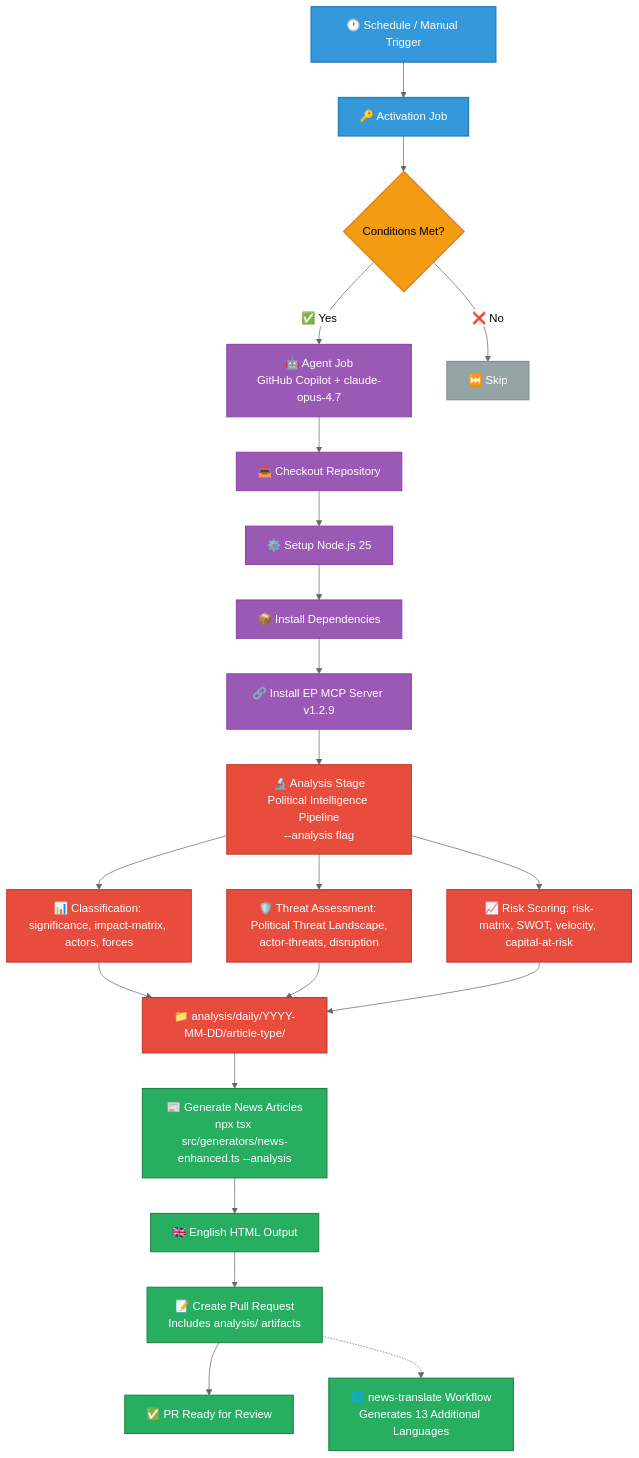
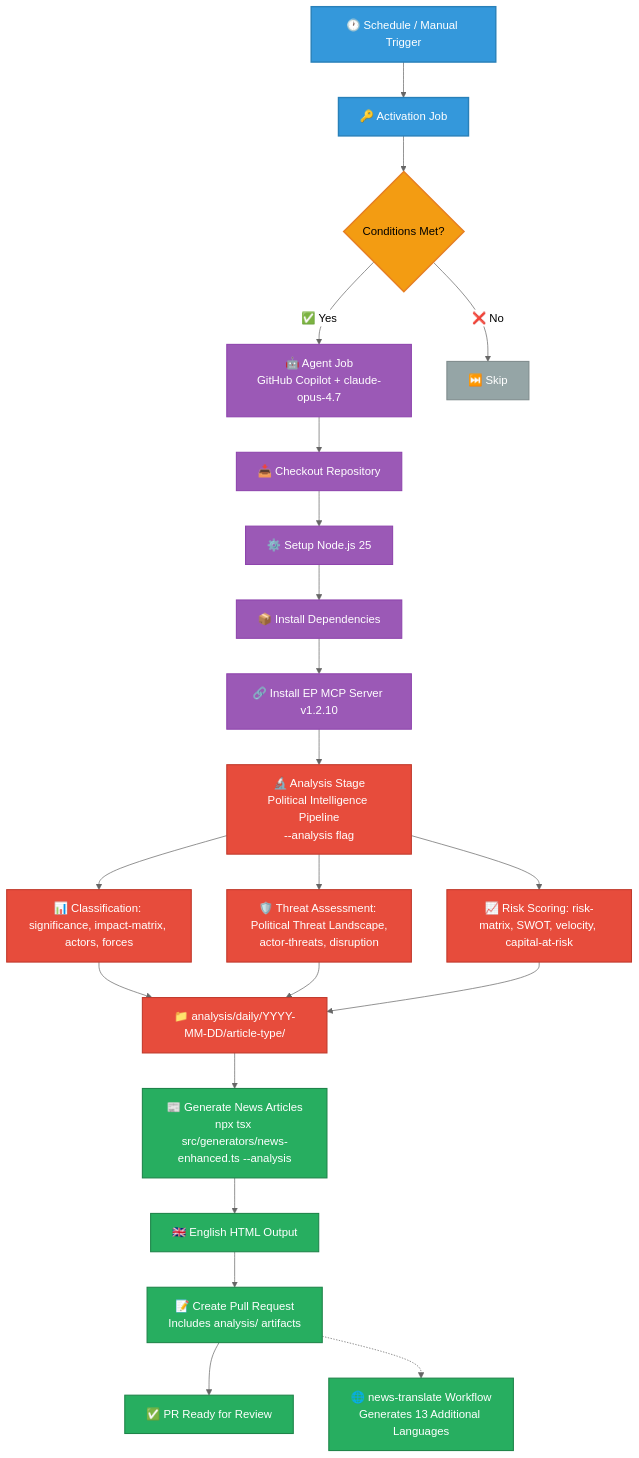
The third of 21 diagrams in WORKFLOWS.md (Hack23/euparliamentmonitor), drawn with Mermaid (neutral theme) before and after one commit. The commit also changed other lines of this file and 41 other files, not shown here.

````diff
--- a/WORKFLOWS.md
+++ b/WORKFLOWS.md
@@ -246,37 +246,37 @@
 ```mermaid
 graph TD
     A[🕐 Schedule / Manual Trigger] --> B[🔑 Activation Job]
     B --> C{Conditions Met?}
     C -->|✅ Yes| D[🤖 Agent Job<br/>GitHub Copilot + claude-opus-4.7]
     C -->|❌ No| E[⏭️ Skip]
     D --> F[📥 Checkout Repository]
     F --> G[⚙️ Setup Node.js 25]
     G --> H[📦 Install Dependencies]
-    H --> I[🔗 Install EP MCP Server v1.2.9]
+    H --> I[🔗 Install EP MCP Server v1.2.10]
     I --> J1[🔬 Analysis Stage<br/>Political Intelligence Pipeline<br/>--analysis flag]
     J1 --> J1a[📊 Classification: significance, impact-matrix, actors, forces]
     J1 --> J1b[🛡️ Threat Assessment: Political Threat Landscape,<br/>actor-threats, disruption]
     J1 --> J1c[📈 Risk Scoring: risk-matrix, SWOT, velocity, capital-at-risk]
     J1a --> J1d["📁 analysis/daily/YYYY-MM-DD/article-type/"]
     J1b --> J1d
     J1c --> J1d
     J1d --> J[📰 Generate News Articles<br/>npx tsx src/generators/news-enhanced.ts --analysis]
     J --> K[🇬🇧 English HTML Output]
     K --> L[📝 Create Pull Request<br/>Includes analysis/ artifacts]
     L --> M[✅ PR Ready for Review]
     L -.-> N[🌐 news-translate Workflow<br/>Generates 13 Additional Languages]
 
     classDef trigger fill:#3498db,stroke:#2980b9,stroke-width:2px,color:white
     classDef process fill:#9b59b6,stroke:#8e44ad,stroke-width:1.5px,color:white
     classDef decision fill:#f39c12,stroke:#e67e22,stroke-width:2px,color:black
     classDef skip fill:#95a5a6,stroke:#7f8c8d,stroke-width:1.5px,color:white
     classDef analysis fill:#e74c3c,stroke:#c0392b,stroke-width:1.5px,color:white
     classDef output fill:#27ae60,stroke:#1e8449,stroke-width:1.5px,color:white
 
     class A,B trigger
     class D,F,G,H,I process
     class C decision
     class E skip
     class J1,J1a,J1b,J1c,J1d analysis
     class J,K,L,M,N output
 ```
````
